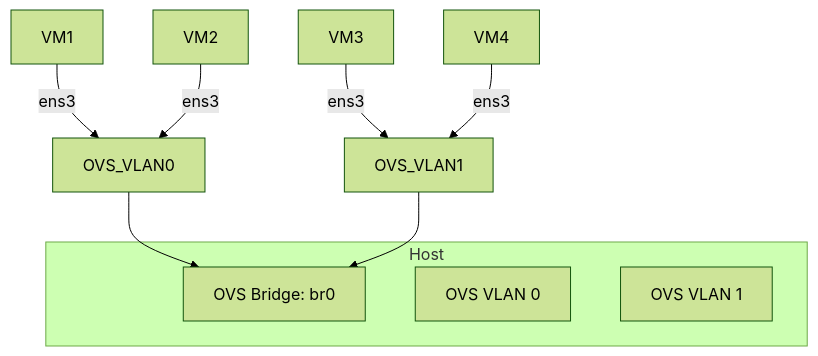
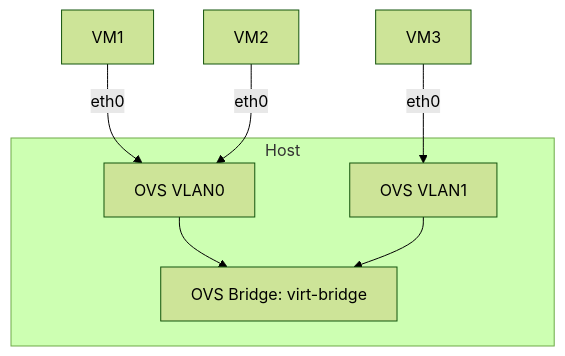
One commit to ADORSYS-GIS/openstack changed the diagram in docs/setupvswitch.md. Above: the diagram before and after it, drawn with Mermaid (forest theme). The commit also changed other lines of this file, not shown here.

Commit message:
fix: Modified the mermaid code to reflect, and also added a summary

````diff
--- a/docs/setupvswitch.md
+++ b/docs/setupvswitch.md
@@ -22,17 +22,16 @@
 ```mermaid
+
 graph TD
     subgraph Host
-        OVS[OVS Bridge: br0]
-        OVS_VLAN10[OVS VLAN 0]
-        OVS_VLAN20[OVS VLAN 1]
+        OVS[OVS Bridge: virt-bridge]
+        OVS_VLAN0[OVS VLAN0]
+        OVS_VLAN1[OVS VLAN1]
     end
 
-    VM1 -->|ens3| OVS_VLAN0
-    VM2 -->|ens3| OVS_VLAN0
-    VM3 -->|ens3| OVS_VLAN1
-    VM4 -->|ens3| OVS_VLAN1
+    VM1 -->|eth0| OVS_VLAN0
+    VM2 -->|eth0| OVS_VLAN0
+    VM3 -->|eth0| OVS_VLAN1
 
     OVS_VLAN0 --> OVS
     OVS_VLAN1 --> OVS
-
 ```
````
